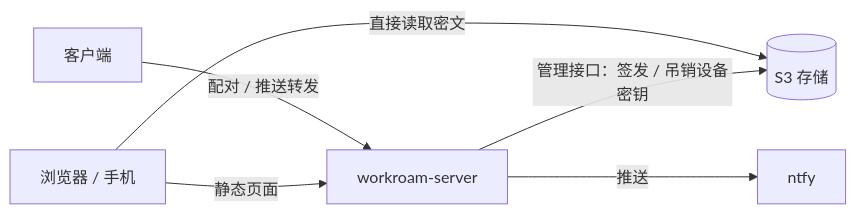
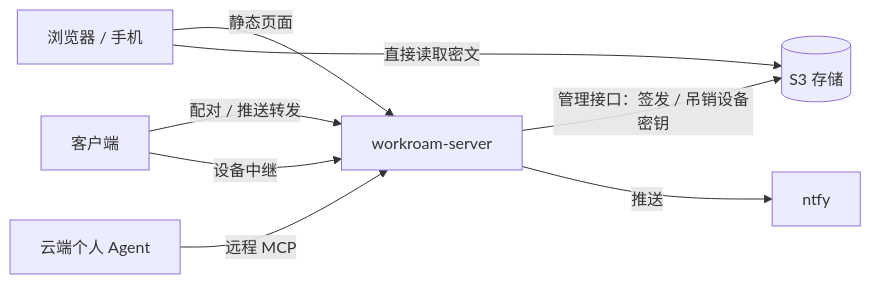
Diagram 13 of 15 in docs/architecture.md (kverona-ai/workroam), drawn with Mermaid before and after one commit. The commit also changed other lines of this file and 7 other files, not shown here.

````diff
--- a/docs/architecture.md
+++ b/docs/architecture.md
@@ -944,8 +1091,10 @@
 ```mermaid
 flowchart LR
     D["客户端"] -- 配对 / 推送转发 --> SV["workroam-server"]
     B["浏览器 / 手机"] -- 静态页面 --> SV
     B -- 直接读取密文 --> S[("S3 存储")]
     SV -- 管理接口：签发 / 吊销设备密钥 --> S
     SV -- 推送 --> N["ntfy"]
+    CA["云端个人 Agent"] -- 远程 MCP --> SV
+    D -- 设备中继 --> SV
 ```
````
